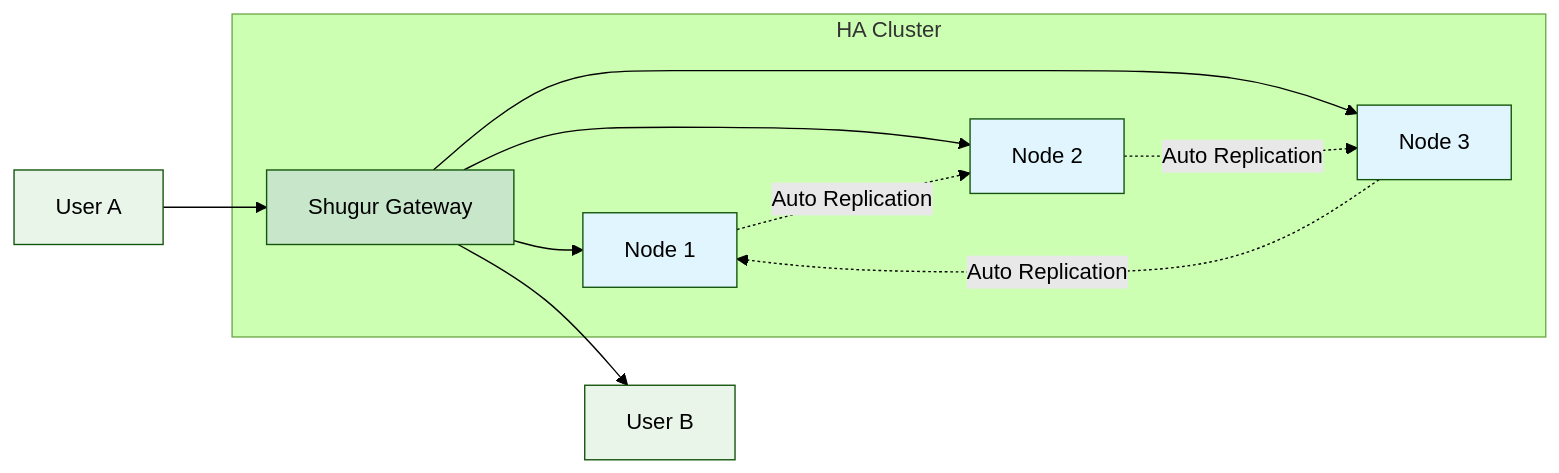
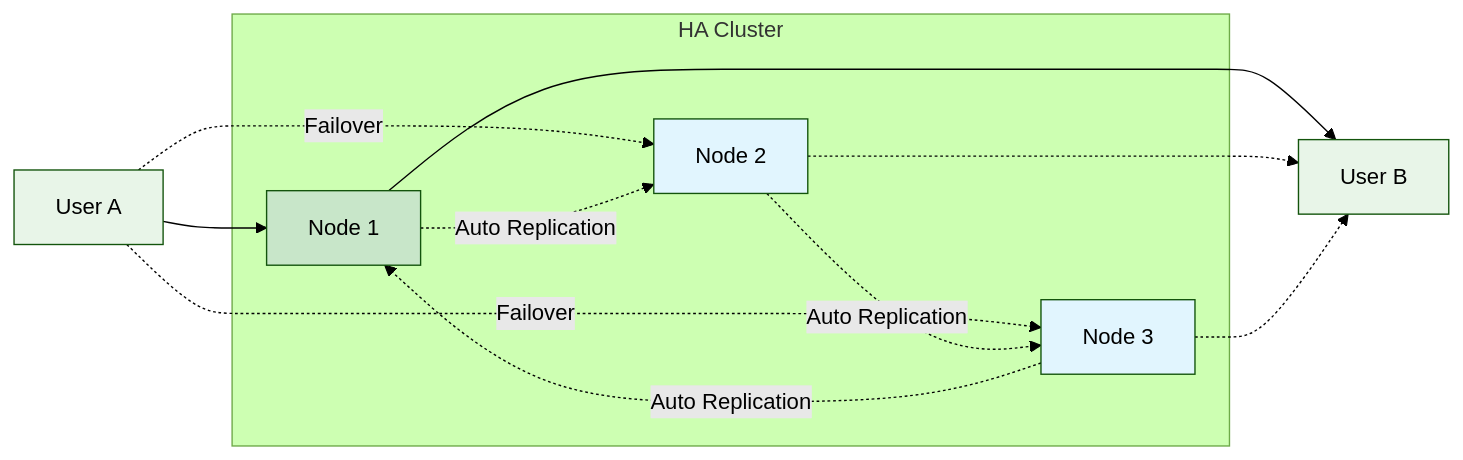
Before and after one commit to Shugur-Network/docs: the third of 3 diagrams in src/content/docs/concepts.mdx, drawn with Mermaid (forest theme). The commit also changed other lines of this file and 6 other files, not shown here.

Commit message:
📝 Update documentation to include Time Capsules feature and enhance clarity on Shugur Relay's architecture and configuration

````diff
--- a/src/content/docs/concepts.mdx
+++ b/src/content/docs/concepts.mdx
@@ -76,22 +77,22 @@
 ```mermaid
 graph LR
-    A[User A] --> SG[Shugur Gateway]
+    A[User A] --> N1[Node 1]
+    A -.->|Failover| N2[Node 2]
+    A -.->|Failover| N3[Node 3]
     
     subgraph "HA Cluster"
-        SG --> N1[Node 1]
-        SG --> N2[Node 2]
-        SG --> N3[Node 3]
         N1 -.->|Auto Replication| N2
         N2 -.->|Auto Replication| N3
         N3 -.->|Auto Replication| N1
     end
     
-    SG --> B[User B]
+    N1 --> B[User B]
+    N2 -.-> B
+    N3 -.-> B
     
     style A fill:#e8f5e8
     style B fill:#e8f5e8
-    style SG fill:#c8e6c9
-    style N1 fill:#e1f5fe
+    style N1 fill:#c8e6c9
     style N2 fill:#e1f5fe
     style N3 fill:#e1f5fe
 ```
````
